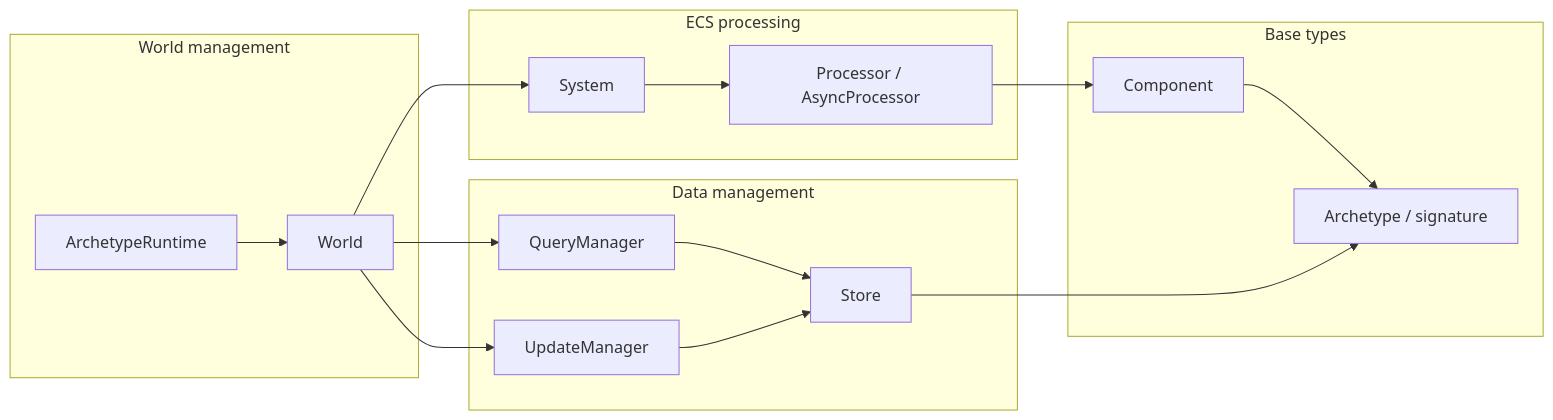
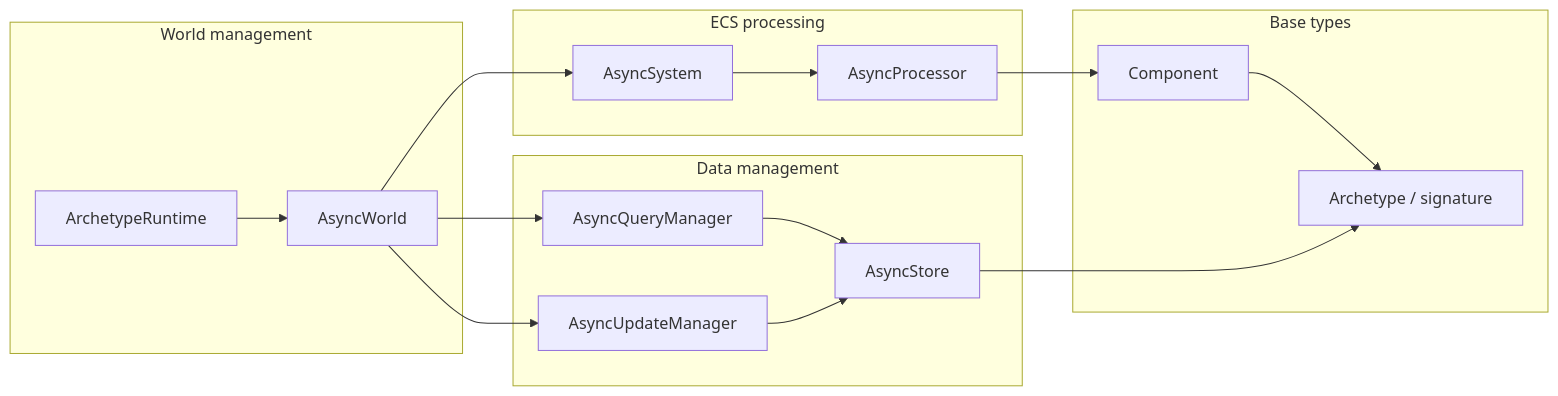
Before and after one commit to VangelisTech/archetype: the second of 6 diagrams in docs/index.md, drawn with Mermaid. The commit also changed other lines of this file and 64 other files, not shown here.

````diff
--- a/docs/index.md
+++ b/docs/index.md
@@ -95,34 +95,34 @@
 ```mermaid
 graph LR
     subgraph "World management"
         Runtime["ArchetypeRuntime"]
-        World["World"]
+        World["AsyncWorld"]
     end
 
     subgraph "ECS processing"
-        System["System"]
-        Processor["Processor / AsyncProcessor"]
+        System["AsyncSystem"]
+        Processor["AsyncProcessor"]
     end
 
     subgraph "Data management"
-        QM["QueryManager"]
-        UM["UpdateManager"]
-        Store["Store"]
+        QM["AsyncQueryManager"]
+        UM["AsyncUpdateManager"]
+        Store["AsyncStore"]
     end
 
     subgraph "Base types"
         Component["Component"]
         Archetype["Archetype / signature"]
     end
 
     Runtime --> World
     World --> System
     World --> QM
     World --> UM
     QM --> Store
     UM --> Store
     System --> Processor
     Processor --> Component
     Component --> Archetype
     Store --> Archetype
 ```
````
